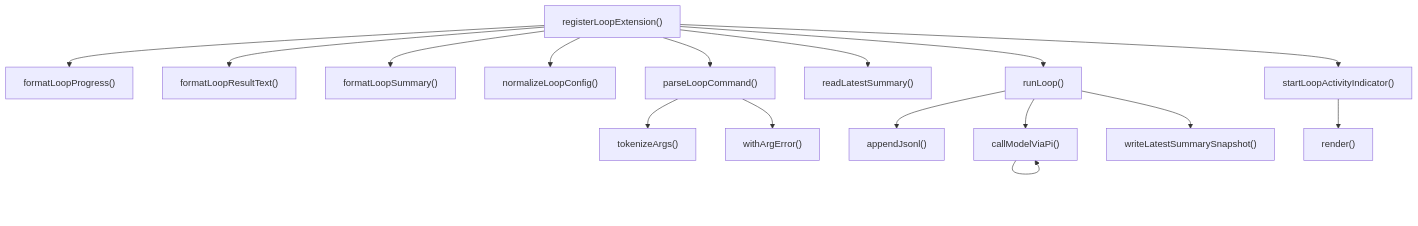
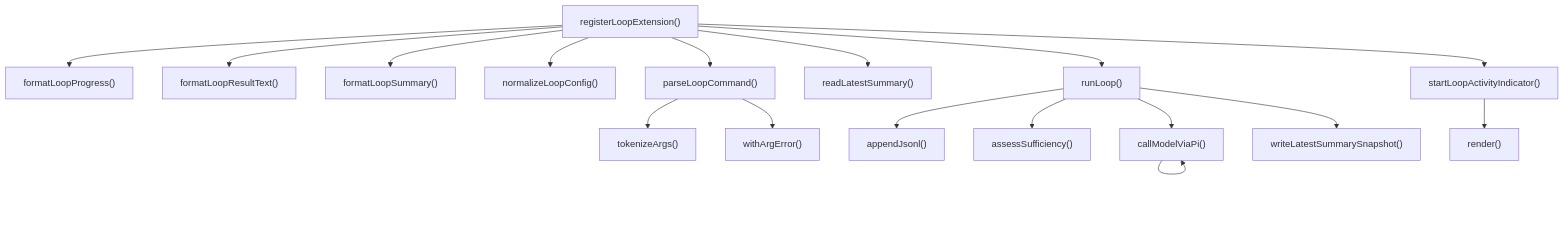
Before and after one commit to Mekann2904/mekann: the fourth of 5 diagrams in ABDD/.pi/extensions/loop.md, drawn with Mermaid. The commit also changed other lines of this file and 213 other files, not shown here.

````diff
--- a/ABDD/.pi/extensions/loop.md
+++ b/ABDD/.pi/extensions/loop.md
@@ -292,33 +311,35 @@
 ```mermaid
 flowchart TD
   appendJsonl["appendJsonl()"]
+  assessSufficiency["assessSufficiency()"]
   callModelViaPi["callModelViaPi()"]
   formatLoopProgress["formatLoopProgress()"]
   formatLoopResultText["formatLoopResultText()"]
   formatLoopSummary["formatLoopSummary()"]
   normalizeLoopConfig["normalizeLoopConfig()"]
   parseLoopCommand["parseLoopCommand()"]
   readLatestSummary["readLatestSummary()"]
   registerLoopExtension["registerLoopExtension()"]
   render["render()"]
   runLoop["runLoop()"]
   startLoopActivityIndicator["startLoopActivityIndicator()"]
   tokenizeArgs["tokenizeArgs()"]
   withArgError["withArgError()"]
   writeLatestSummarySnapshot["writeLatestSummarySnapshot()"]
   callModelViaPi --> callModelViaPi
   parseLoopCommand --> tokenizeArgs
   parseLoopCommand --> withArgError
   registerLoopExtension --> formatLoopProgress
   registerLoopExtension --> formatLoopResultText
   registerLoopExtension --> formatLoopSummary
   registerLoopExtension --> normalizeLoopConfig
   registerLoopExtension --> parseLoopCommand
   registerLoopExtension --> readLatestSummary
   registerLoopExtension --> runLoop
   registerLoopExtension --> startLoopActivityIndicator
   runLoop --> appendJsonl
+  runLoop --> assessSufficiency
   runLoop --> callModelViaPi
   runLoop --> writeLatestSummarySnapshot
   startLoopActivityIndicator --> render
 ```
````
